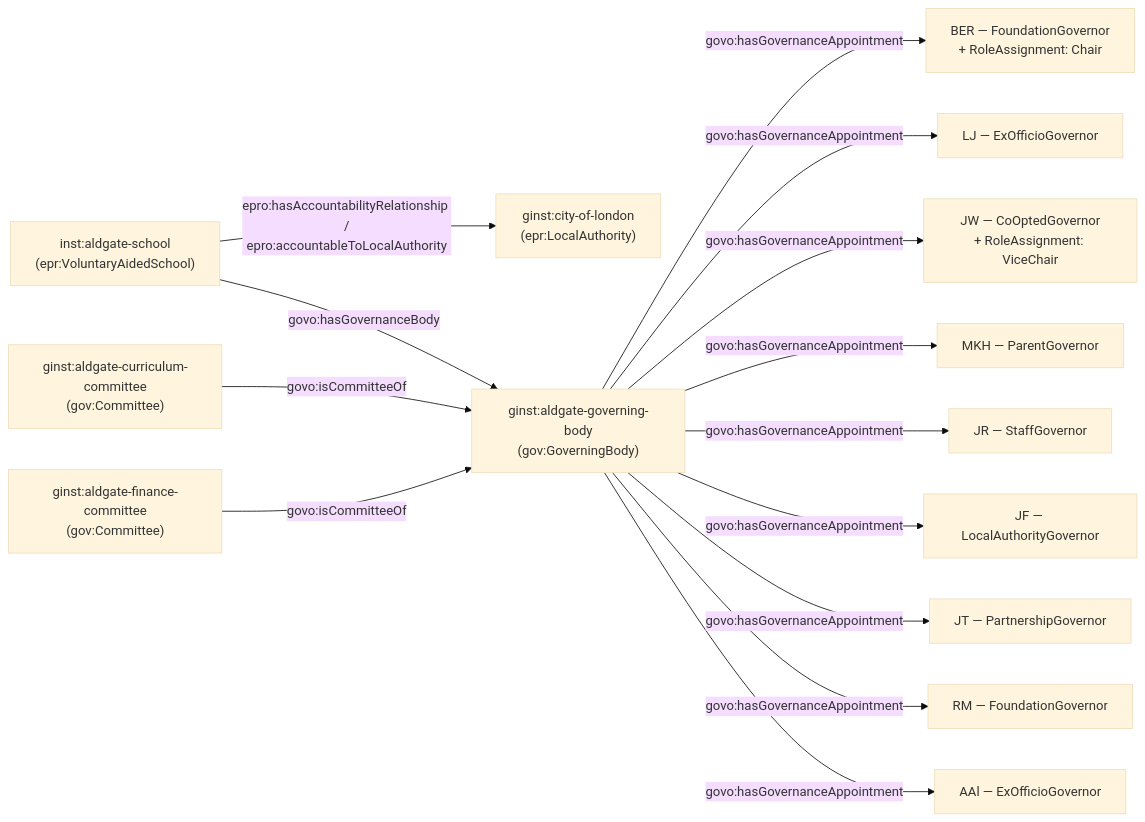
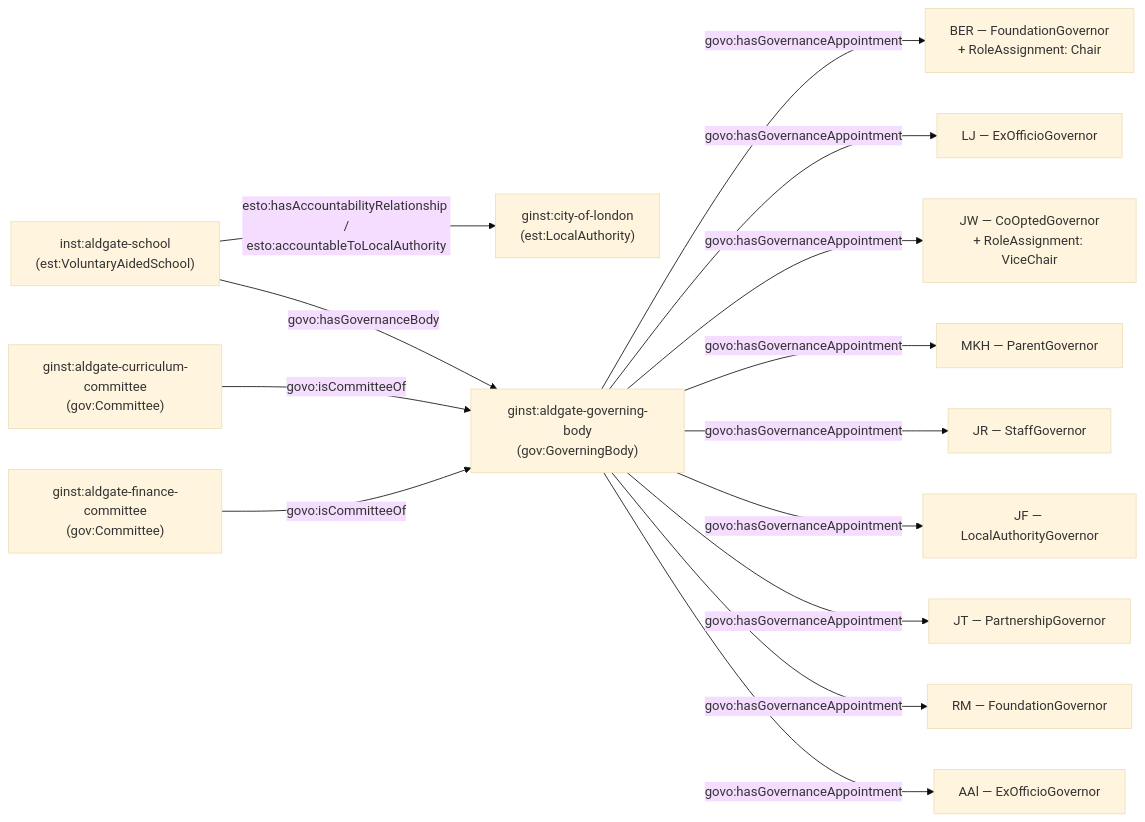
The second of 2 diagrams in docs-site/content/models/governance/worked-examples/aldgate-school/index.md (DFE-Digital/education-provider-registry-docs), drawn with Mermaid (base theme) before and after one commit. The commit also changed other lines of this file and 42 other files, not shown here.

````diff
--- a/docs-site/content/models/governance/worked-examples/aldgate-school/index.md
+++ b/docs-site/content/models/governance/worked-examples/aldgate-school/index.md
@@ -81,24 +81,24 @@
 ```mermaid
 flowchart LR
-    LA["ginst:city-of-london<br/>(epr:LocalAuthority)"]
-    S["inst:aldgate-school<br/>(epr:VoluntaryAidedSchool)"]
+    LA["ginst:city-of-london<br/>(est:LocalAuthority)"]
+    S["inst:aldgate-school<br/>(est:VoluntaryAidedSchool)"]
     GB["ginst:aldgate-governing-body<br/>(gov:GoverningBody)"]
 
-    S -->|"epro:hasAccountabilityRelationship /<br/>epro:accountableToLocalAuthority"| LA
+    S -->|"esto:hasAccountabilityRelationship /<br/>esto:accountableToLocalAuthority"| LA
     S -->|govo:hasGovernanceBody| GB
 
     GB -->|govo:hasGovernanceAppointment| G1["BER — FoundationGovernor<br/>+ RoleAssignment: Chair"]
     GB -->|govo:hasGovernanceAppointment| G2["LJ — ExOfficioGovernor"]
     GB -->|govo:hasGovernanceAppointment| G3["JW — CoOptedGovernor<br/>+ RoleAssignment: ViceChair"]
     GB -->|govo:hasGovernanceAppointment| G4["MKH — ParentGovernor"]
     GB -->|govo:hasGovernanceAppointment| G5["JR — StaffGovernor"]
     GB -->|govo:hasGovernanceAppointment| G6["JF — LocalAuthorityGovernor"]
     GB -->|govo:hasGovernanceAppointment| G7["JT — PartnershipGovernor"]
     GB -->|govo:hasGovernanceAppointment| G8["RM — FoundationGovernor"]
     GB -->|govo:hasGovernanceAppointment| G9["AAl — ExOfficioGovernor"]
 
     C1["ginst:aldgate-curriculum-committee<br/>(gov:Committee)"]
     C2["ginst:aldgate-finance-committee<br/>(gov:Committee)"]
     C1 -->|govo:isCommitteeOf| GB
     C2 -->|govo:isCommitteeOf| GB
 ```
````
